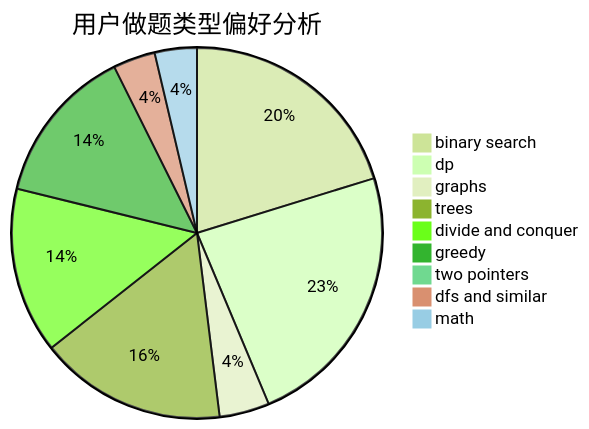
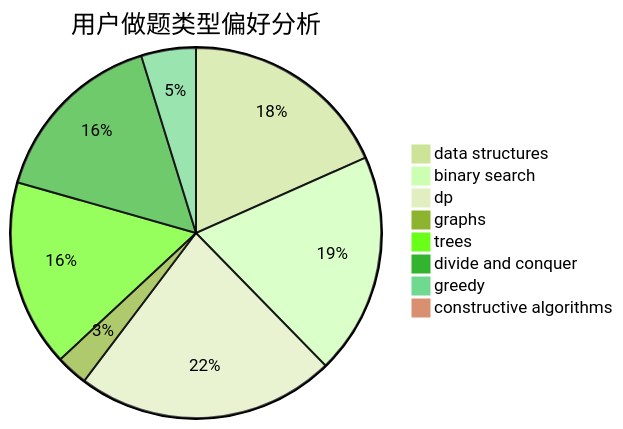
Before and after one commit to sherpahu/cfrs.github.io: the second of 3 diagrams in docs/user/u116.md, drawn with Mermaid (forest theme). The commit also changed other lines of this file and 2775 other files, not shown here.

````diff
--- a/docs/user/u116.md
+++ b/docs/user/u116.md
@@ -23,12 +23,11 @@
 ```mermaid
 pie title 用户做题类型偏好分析
-    "binary search" :  88
-    "dp" :  102
-    "graphs" :  19
-    "trees" :  71
+    "data structures" :  73
+    "binary search" :  77
+    "dp" :  90
+    "graphs" :  11
+    "trees" :  65
     "divide and conquer" :  63
-    "greedy" :  60
-    "two pointers" :  0
-    "dfs and similar" :  16
-    "math" :  16
+    "greedy" :  19
+    "constructive algorithms" :  4
 ```
````
